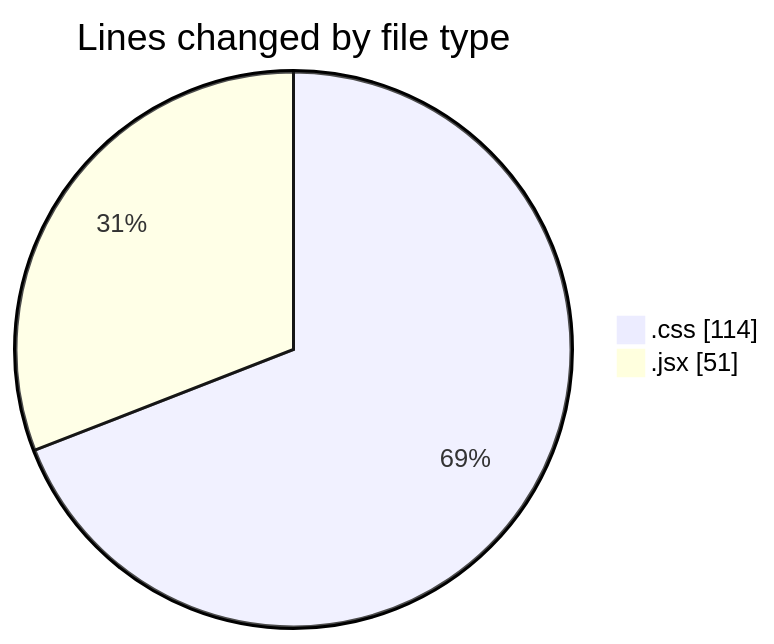
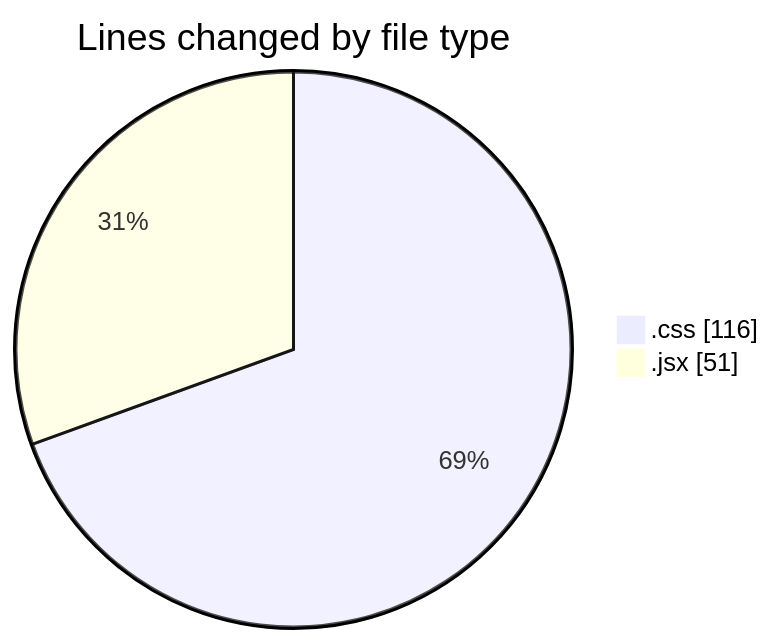
One commit to Elitesun/code-tracking changed the first of 2 diagrams in 2025-01-31/react/README.md. Above: the diagram before and after it, drawn with Mermaid. The commit also changed other lines of this file and 1 other file, not shown here.

````diff
--- a/2025-01-31/react/README.md
+++ b/2025-01-31/react/README.md
@@ -23,6 +23,6 @@
 ```mermaid
 pie showData
 title Lines changed by file type
-".css" : 114
+".css" : 116
 ".jsx" : 51
 ```
````
